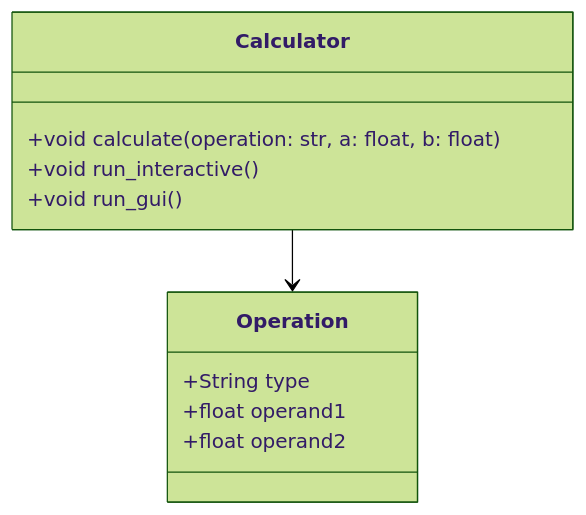
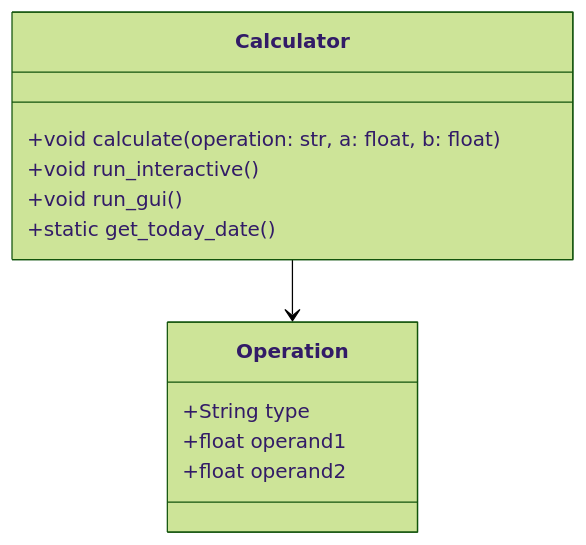
The diagram in docs/add.md (thoaihcmc/docs-pipeline-e2e-test), drawn with Mermaid (forest theme) before and after one commit. The commit also changed other lines of this file and 5 other files, not shown here.

Commit message:
docs: auto-generate FDD, BDD, ADD and diagrams for 0077aa95cc7868de143c90c8efd7dff4607bbcca

````diff
--- a/docs/add.md
+++ b/docs/add.md
@@ -13,14 +13,15 @@
 ```mermaid
 classDiagram  
   class Calculator {  
     +void calculate(operation: str, a: float, b: float)  
     +void run_interactive()  
     +void run_gui()  
+    +static get_today_date()  
   }  
   class Operation {  
     +String type  
     +float operand1  
     +float operand2  
   }  
   Calculator --> Operation
-```
+```  
````
